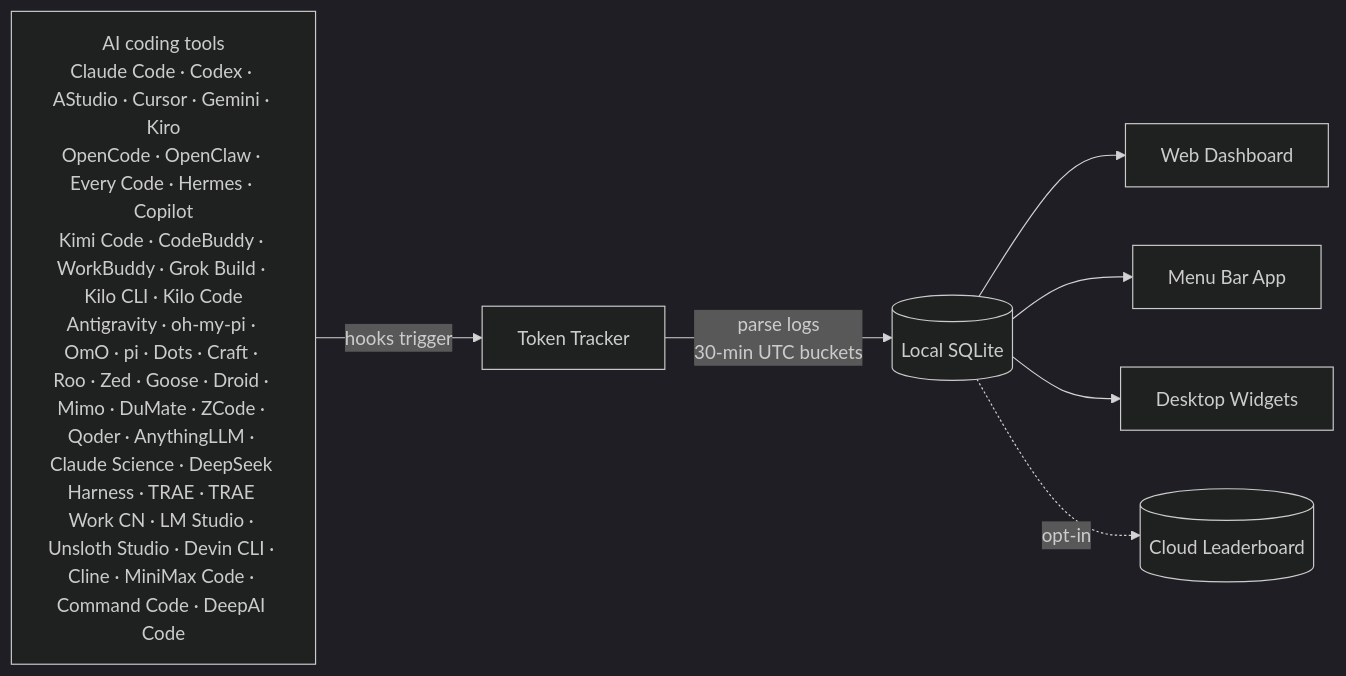
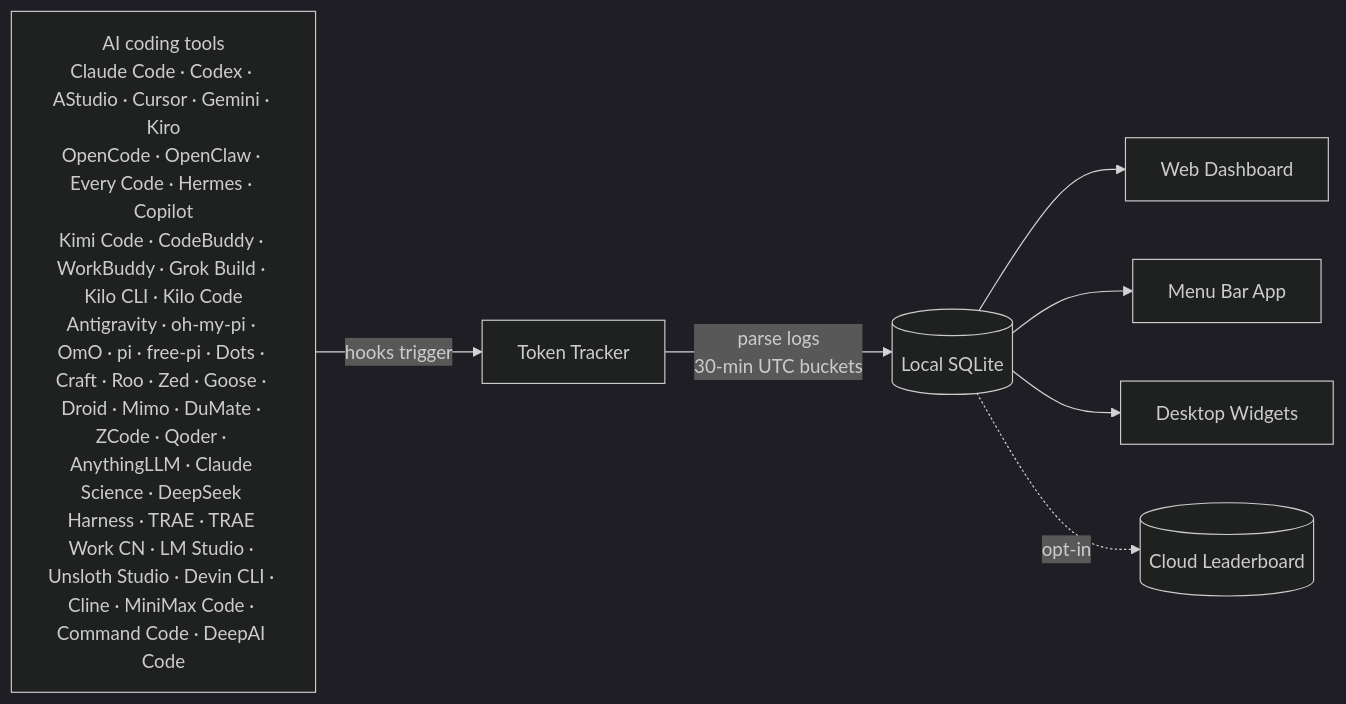
One commit to xiufengsun/TokenTracker changed the diagram in README.md. Above: the diagram before and after it, drawn with Mermaid (dark theme). The commit also changed other lines of this file and 20 other files, not shown here.

Commit message:
feat(free-pi): add FreePi CLI token tracking

````diff
--- a/README.md
+++ b/README.md
@@ -330,10 +331,10 @@
 ```mermaid
 flowchart LR
-    A["AI coding tools<br/>Claude Code · Codex · AStudio · Cursor · Gemini · Kiro<br/>OpenCode · OpenClaw · Every Code · Hermes · Copilot<br/>Kimi Code · CodeBuddy · WorkBuddy · Grok Build · Kilo CLI · Kilo Code<br/>Antigravity · oh-my-pi · OmO · pi · Dots · Craft · Roo · Zed · Goose · Droid · Mimo · DuMate · ZCode · Qoder · AnythingLLM · Claude Science · DeepSeek Harness · TRAE · TRAE Work CN · LM Studio · Unsloth Studio · Devin CLI · Cline · MiniMax Code · Command Code · DeepAI Code"]
+    A["AI coding tools<br/>Claude Code · Codex · AStudio · Cursor · Gemini · Kiro<br/>OpenCode · OpenClaw · Every Code · Hermes · Copilot<br/>Kimi Code · CodeBuddy · WorkBuddy · Grok Build · Kilo CLI · Kilo Code<br/>Antigravity · oh-my-pi · OmO · pi · free-pi · Dots · Craft · Roo · Zed · Goose · Droid · Mimo · DuMate · ZCode · Qoder · AnythingLLM · Claude Science · DeepSeek Harness · TRAE · TRAE Work CN · LM Studio · Unsloth Studio · Devin CLI · Cline · MiniMax Code · Command Code · DeepAI Code"]
     A -->|hooks trigger| B[Token Tracker]
     B -->|parse logs<br/>30-min UTC buckets| C[(Local SQLite)]
     C --> D[Web Dashboard]
     C --> E[Menu Bar App]
     C --> F[Desktop Widgets]
     C -.->|opt-in| G[(Cloud Leaderboard)]
 ```
````
